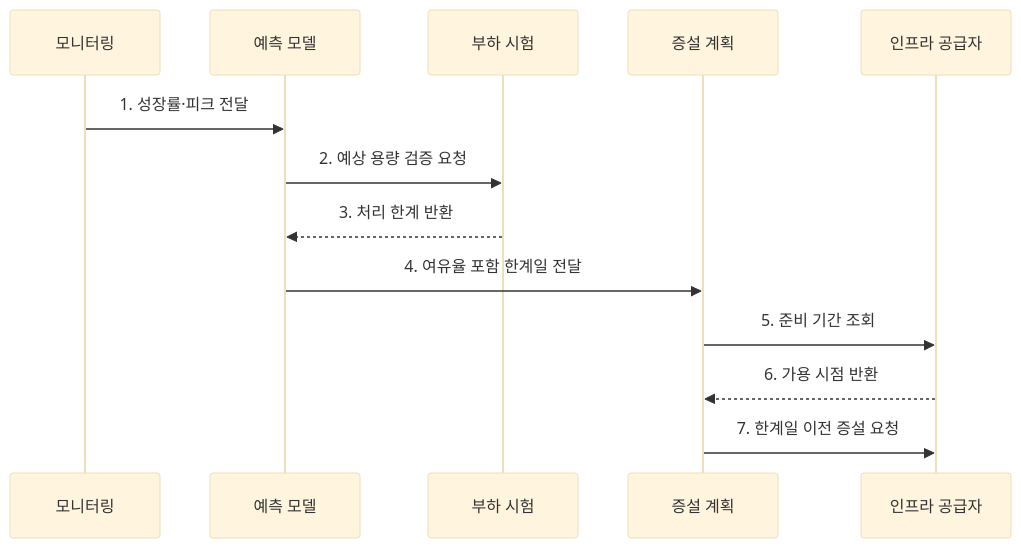
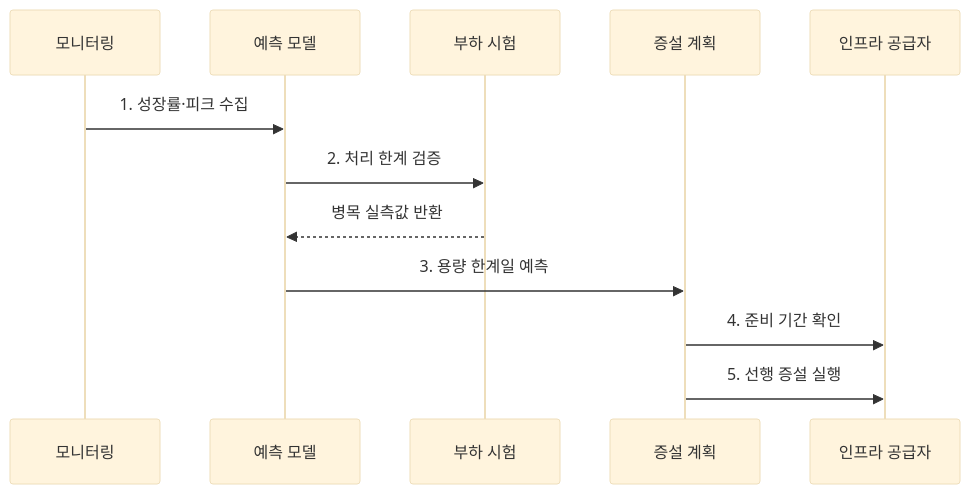
Before and after one commit to agnusdei1207/knowledge-base: the second of 2 diagrams in src/content/docs/notes/03-software/101_db_capacity_planning.md, drawn with Mermaid (base theme). The commit also changed other lines of this file and 238 other files, not shown here.

````diff
--- a/src/content/docs/notes/03-software/101_db_capacity_planning.md
+++ b/src/content/docs/notes/03-software/101_db_capacity_planning.md
@@ -79,15 +83,14 @@
 ```mermaid
 sequenceDiagram
     participant M as 모니터링
     participant F as 예측 모델
     participant T as 부하 시험
     participant P as 증설 계획
     participant I as 인프라 공급자
-    M->>F: 1. 성장률·피크 전달
-    F->>T: 2. 예상 용량 검증 요청
-    T-->>F: 3. 처리 한계 반환
-    F->>P: 4. 여유율 포함 한계일 전달
-    P->>I: 5. 준비 기간 조회
-    I-->>P: 6. 가용 시점 반환
-    P->>I: 7. 한계일 이전 증설 요청
+    M->>F: 1. 성장률·피크 수집
+    F->>T: 2. 처리 한계 검증
+    T-->>F: 병목 실측값 반환
+    F->>P: 3. 용량 한계일 예측
+    P->>I: 4. 준비 기간 확인
+    P->>I: 5. 선행 증설 실행
 ```
````
